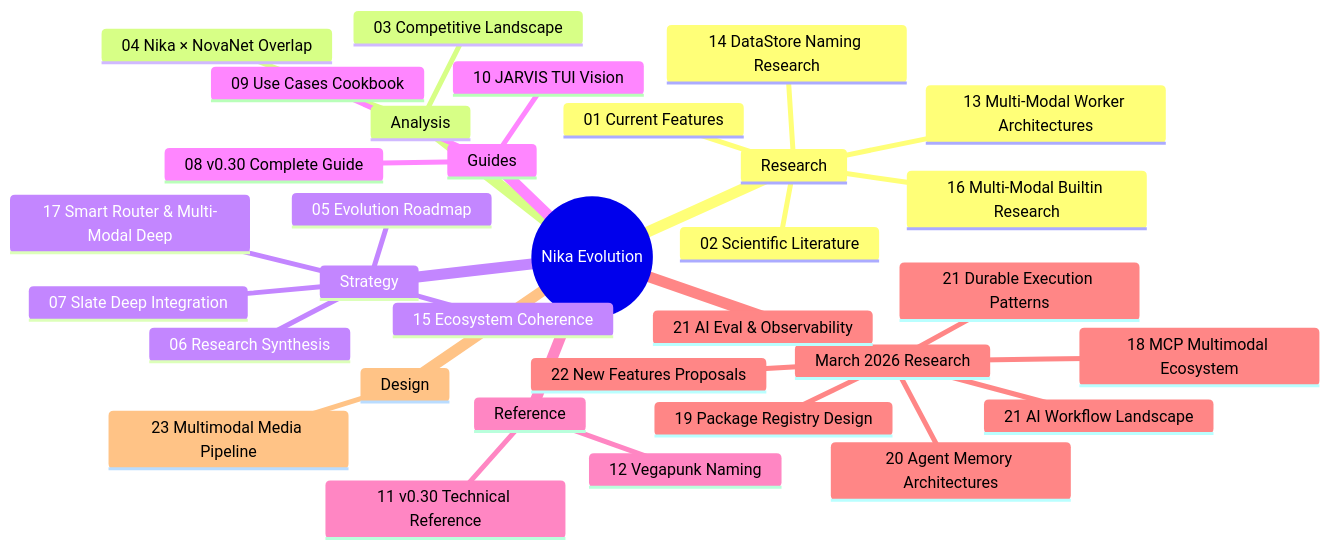
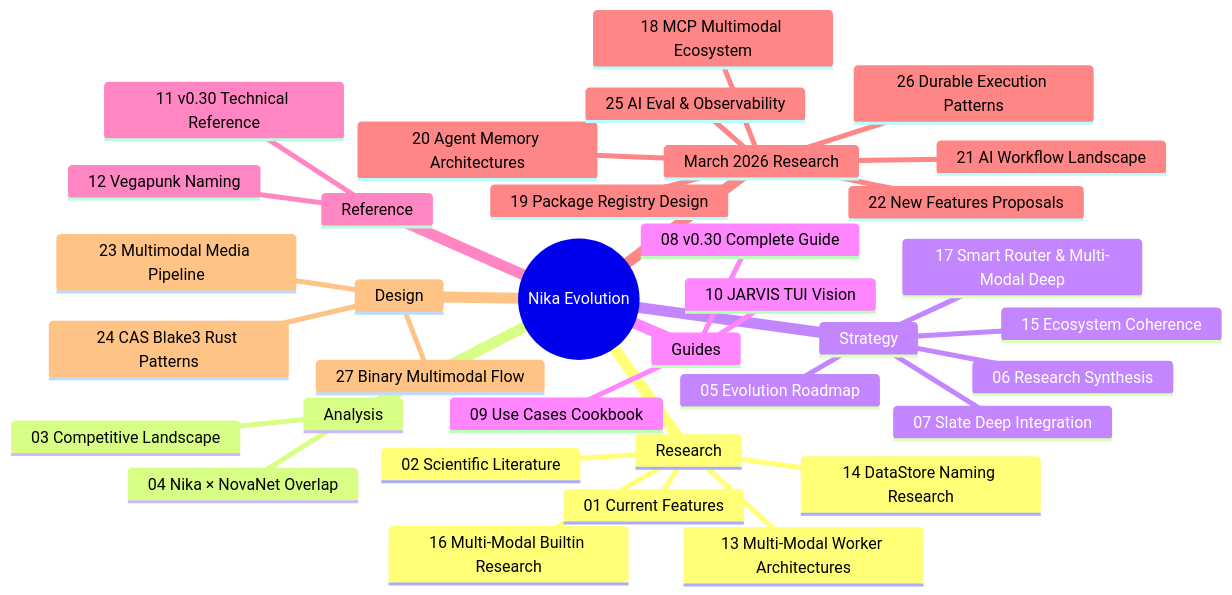
Before and after one commit to supernovae-st/nika: the first of 4 diagrams in tools/nika/docs/brainstorm/nika-evolution/00-README.md, drawn with Mermaid. The commit also changed other lines of this file and 35 other files, not shown here.

````diff
--- a/tools/nika/docs/brainstorm/nika-evolution/00-README.md
+++ b/tools/nika/docs/brainstorm/nika-evolution/00-README.md
@@ -12,36 +12,38 @@
 ```mermaid
 mindmap
   root((Nika Evolution))
     Research
       01 Current Features
       02 Scientific Literature
       13 Multi-Modal Worker Architectures
       14 DataStore Naming Research
       16 Multi-Modal Builtin Research
     Analysis
       03 Competitive Landscape
       04 Nika × NovaNet Overlap
     Strategy
       05 Evolution Roadmap
       06 Research Synthesis
       07 Slate Deep Integration
       15 Ecosystem Coherence
       17 Smart Router & Multi-Modal Deep
     Guides
       08 v0.30 Complete Guide
       09 Use Cases Cookbook
       10 JARVIS TUI Vision
     Reference
       11 v0.30 Technical Reference
       12 Vegapunk Naming
     March 2026 Research
       18 MCP Multimodal Ecosystem
       19 Package Registry Design
       20 Agent Memory Architectures
       21 AI Workflow Landscape
-      21 AI Eval & Observability
-      21 Durable Execution Patterns
+      25 AI Eval & Observability
+      26 Durable Execution Patterns
       22 New Features Proposals
     Design
       23 Multimodal Media Pipeline
+      24 CAS Blake3 Rust Patterns
+      27 Binary Multimodal Flow
 ```
````
